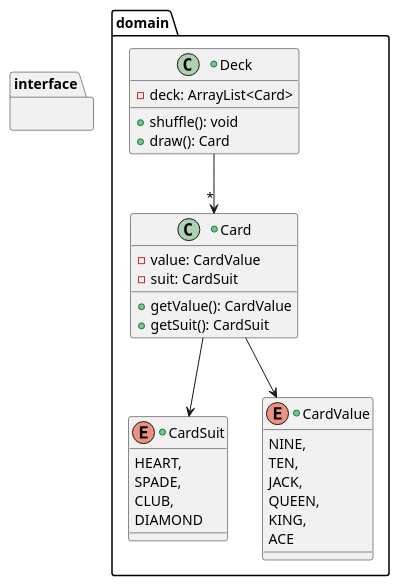
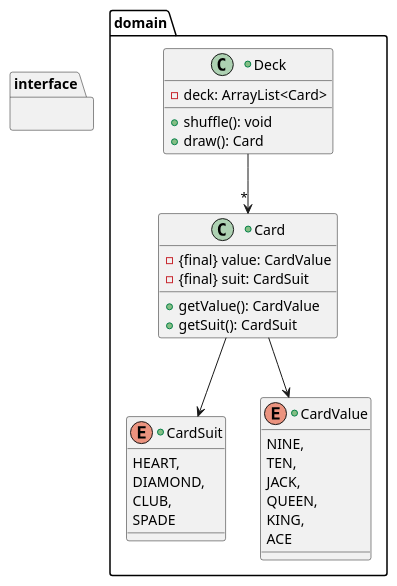
The diagram in docs/design/design.puml (nu-cs-sw-design/project-20252601-nic_396_fp), drawn with PlantUML before and after one commit.

Commit message:
updated value and suit fields to be final

```diff
--- a/docs/design/design.puml
+++ b/docs/design/design.puml
@@ -1,42 +1,42 @@
 @startuml
 package domain {
     +class Deck {
         -deck: ArrayList<Card>
 
         +shuffle(): void
         +draw(): Card
     }
 
     +class Card {
-        -value: CardValue
-        -suit: CardSuit
+        -{final} value: CardValue
+        -{final} suit: CardSuit
 
         +getValue(): CardValue
         +getSuit(): CardSuit
     }
 
     +enum CardSuit {
         HEART,
-        SPADE,
+        DIAMOND,
         CLUB,
-        DIAMOND
+        SPADE
     }
     +enum CardValue {
         NINE,
         TEN,
         JACK,
         QUEEN,
         KING,
         ACE
     }
 }
 package interface {
 
 }
 
 Deck --> "*" Card
 Card --> CardSuit
 Card --> CardValue
 
 
 @enduml
```
